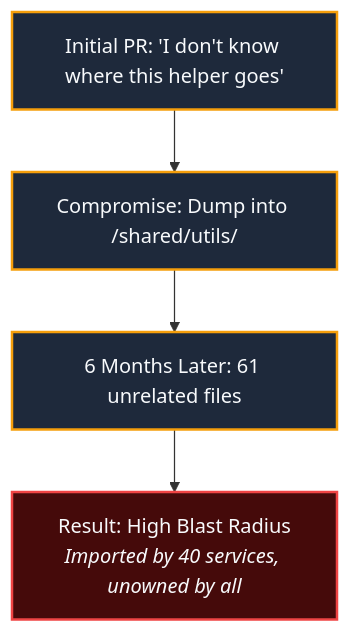
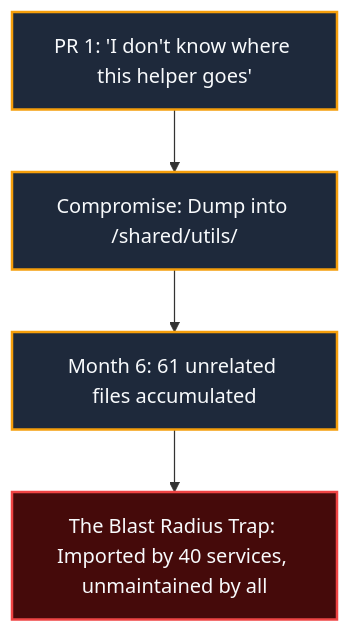
Before and after one commit to Dustu103/system-design: the second of 9 diagrams in 01-filestructure/articles/01-your-folder-structure-is-a-message.md, drawn with Mermaid. The commit also changed other lines of this file and 2 other files, not shown here.

Commit message:
style: optimize Mermaid diagrams with vertical hierarchy and large legible fonts

````diff
--- a/01-filestructure/articles/01-your-folder-structure-is-a-message.md
+++ b/01-filestructure/articles/01-your-folder-structure-is-a-message.md
@@ -64,11 +65,11 @@
 ```mermaid
 flowchart TD
-    A["Initial PR: 'I don't know where this helper goes'"] --> B["Compromise: Dump into /shared/utils/"]
-    B --> C["6 Months Later: 61 unrelated files"]
-    C --> D["Result: High Blast Radius<br/><i>Imported by 40 services, unowned by all</i>"]
+    A["PR 1: 'I don't know where this helper goes'"] --> B["Compromise: Dump into /shared/utils/"]
+    B --> C["Month 6: 61 unrelated files accumulated"]
+    C --> D["The Blast Radius Trap: Imported by 40 services, unmaintained by all"]
 
     classDef step fill:#1e293b,stroke:#f59e0b,stroke-width:2px,color:#f8fafc;
     classDef alert fill:#450a0a,stroke:#ef4444,stroke-width:2px,color:#f8fafc;
     class A,B,C step;
     class D alert;
 ```
````
